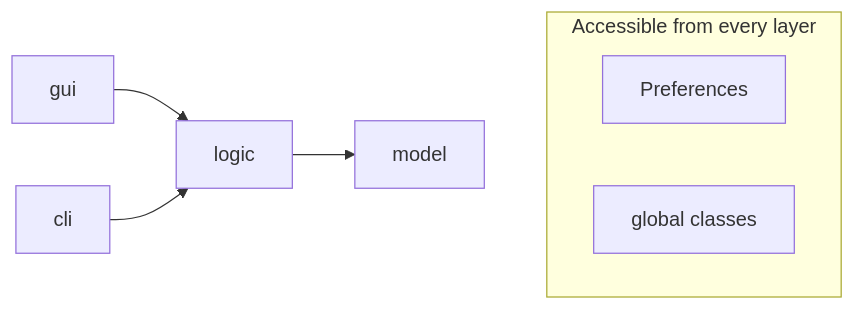
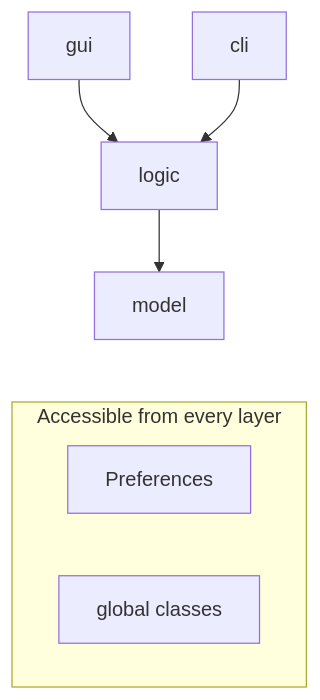
The diagram in docs/architecture-and-components.md (JabRef/jabref), drawn with Mermaid before and after one commit.

````diff
--- a/docs/architecture-and-components.md
+++ b/docs/architecture-and-components.md
@@ -29,20 +29,20 @@
 ```mermaid
-flowchart LR
+flowchart TD
     subgraph shared["Accessible from every layer"]
         direction LR
         preferences["Preferences"]
         global["global classes"]
     end
     gui["gui"] --> logic["logic"]
     cli["cli"] --> logic
     logic --> model["model"]
     model ~~~ shared
 
     preferences:::component
     global:::component
     gui:::layer
     logic:::component
     cli:::layer
     model:::component
 
 ```
````
